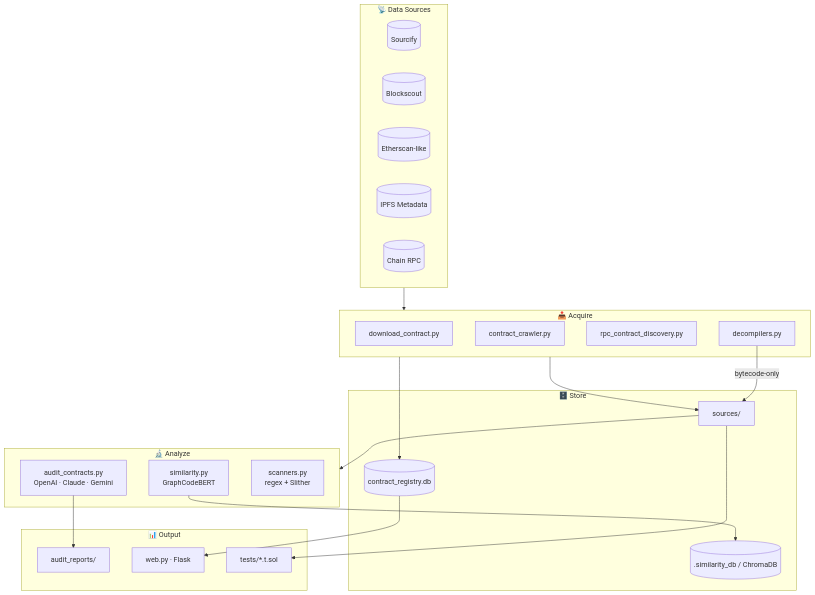
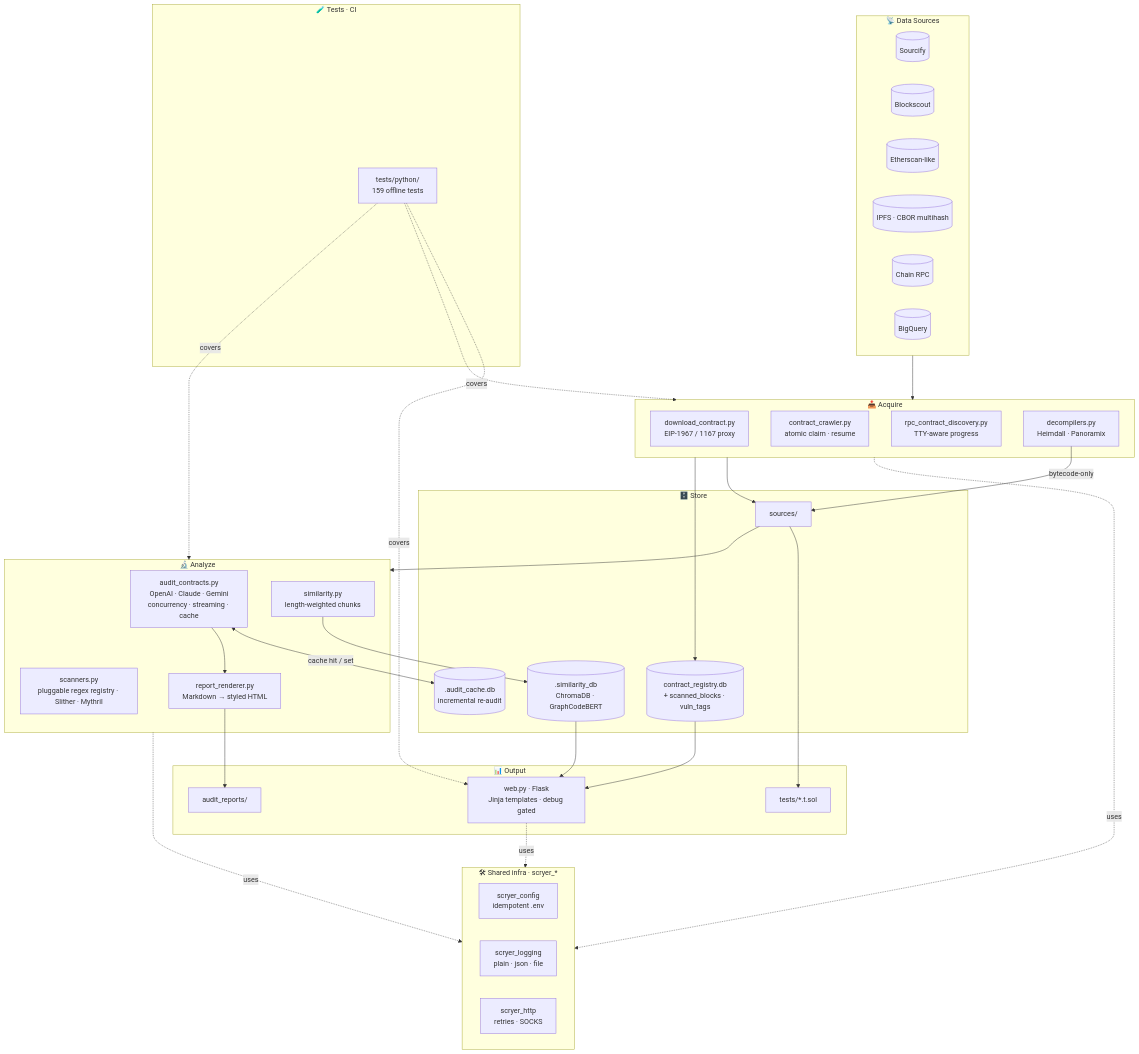
Before and after one commit to Champollion9012/scryer: the diagram in README.md, drawn with Mermaid. The commit also changed other lines of this file and 5 other files, not shown here.

First line of the commit message:
test+docs: cover audit/web/bounty/report/IPFS (87 -> 159 tests); refresh README diagram

````diff
--- a/README.md
+++ b/README.md
@@ -29,45 +30,67 @@
 ```mermaid
 flowchart TB
     subgraph Sources["📡 Data Sources"]
         Sourcify[(Sourcify)]
         Blockscout[(Blockscout)]
         Etherscan[(Etherscan-like)]
-        IPFS[(IPFS Metadata)]
+        IPFS[(IPFS · CBOR multihash)]
         RPC[(Chain RPC)]
+        BQ[(BigQuery)]
+    end
+
+    subgraph Infra["🛠 Shared infra · scryer_*"]
+        Cfg[scryer_config<br/>idempotent .env]
+        Log[scryer_logging<br/>plain · json · file]
+        HTTP[scryer_http<br/>retries · SOCKS]
     end
 
     subgraph Acquire["📥 Acquire"]
-        Downloader[download_contract.py]
-        Crawler[contract_crawler.py]
-        RPCDiscover[rpc_contract_discovery.py]
-        Decompiler[decompilers.py]
+        Downloader[download_contract.py<br/>EIP-1967 / 1167 proxy]
+        Crawler["contract_crawler.py<br/>atomic claim · resume"]
+        RPCDiscover["rpc_contract_discovery.py<br/>TTY-aware progress"]
+        Decompiler["decompilers.py<br/>Heimdall · Panoramix"]
     end
 
     subgraph Store["🗄️ Store"]
         SrcDir[sources/]
-        Registry[(contract_registry.db)]
-        VectorDB[(.similarity_db / ChromaDB)]
+        Registry[(contract_registry.db<br/>+ scanned_blocks · vuln_tags)]
+        VectorDB[(.similarity_db<br/>ChromaDB · GraphCodeBERT)]
+        AuditCache[(.audit_cache.db<br/>incremental re-audit)]
     end
 
     subgraph Analyze["🔬 Analyze"]
-        Audit[audit_contracts.py<br/>OpenAI · Claude · Gemini]
-        Sim[similarity.py<br/>GraphCodeBERT]
-        Scan[scanners.py<br/>regex + Slither]
+        Audit["audit_contracts.py<br/>OpenAI · Claude · Gemini<br/>concurrency · streaming · cache"]
+        Sim["similarity.py<br/>length-weighted chunks"]
+        Scan["scanners.py<br/>pluggable regex registry · Slither · Mythril"]
+        Render["report_renderer.py<br/>Markdown → styled HTML"]
     end
 
     subgraph Output["📊 Output"]
         Reports[audit_reports/]
-        WebUI[web.py · Flask]
+        WebUI["web.py · Flask<br/>Jinja templates · debug gated"]
         Foundry[tests/*.t.sol]
     end
 
+    subgraph Tests["🧪 Tests · CI"]
+        Pyt["tests/python/<br/>159 offline tests"]
+    end
+
     Sources --> Acquire
+    Acquire -.uses.-> Infra
+    Analyze -.uses.-> Infra
+    WebUI -.uses.-> Infra
     Acquire --> SrcDir
     Acquire --> Registry
     Decompiler -->|bytecode-only| SrcDir
     SrcDir --> Analyze
-    Audit --> Reports
+    Audit <-->|cache hit / set| AuditCache
+    Audit --> Render
+    Render --> Reports
     Sim --> VectorDB
     Registry --> WebUI
+    VectorDB --> WebUI
     SrcDir --> Foundry
+    Pyt -. covers .-> Acquire
+    Pyt -. covers .-> Analyze
+    Pyt -. covers .-> WebUI
 ```
````
